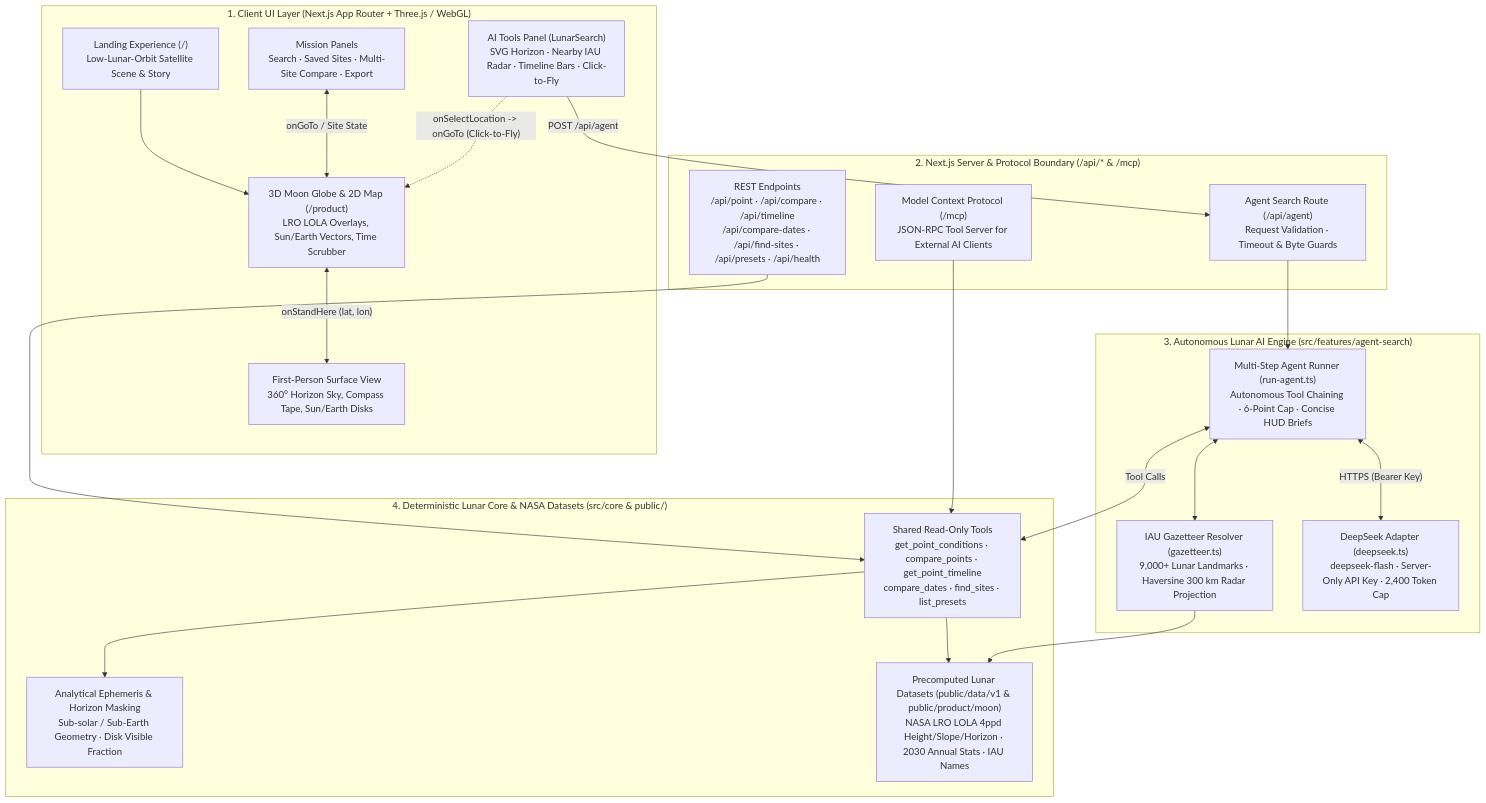
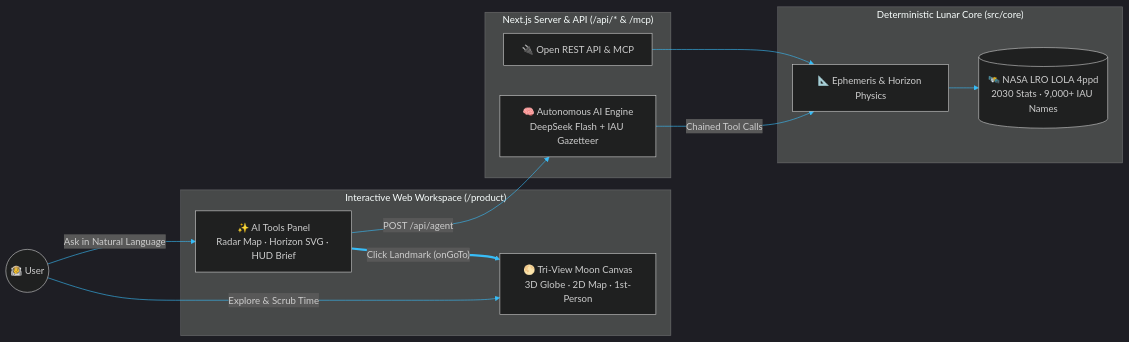
Before and after one commit to xbl2602/bean-drift: the first of 3 diagrams in README.md, drawn with Mermaid. The commit also changed other lines of this file and 6 other files, not shown here.

````diff
--- a/README.md
+++ b/README.md
@@ -17,43 +68,24 @@
 ```mermaid
-flowchart TB
-  subgraph Client["1. Client UI Layer (Next.js App Router + Three.js / WebGL)"]
-    Landing["Landing Experience (/)\nLow-Lunar-Orbit Satellite Scene & Story"]
-    Globe3D["3D Moon Globe & 2D Map (/product)\nLRO LOLA Overlays, Sun/Earth Vectors, Time Scrubber"]
-    FirstPerson["First-Person Surface View\n360° Horizon Sky, Compass Tape, Sun/Earth Disks"]
-    WorkPanels["Mission Panels\nSearch · Saved Sites · Multi-Site Compare · Export"]
-    AiPanel["AI Tools Panel (LunarSearch)\nSVG Horizon · Nearby IAU Radar · Timeline Bars · Click-to-Fly"]
+%%{init: {'theme': 'dark', 'themeVariables': { 'primaryColor': '#1a2b30', 'primaryTextColor': '#eef4ee', 'primaryBorderColor': '#a3e635', 'lineColor': '#38bdf8'}}}%%
+flowchart LR
+  User(("👩‍🚀 User"))
+  subgraph Workspace["Interactive Web Workspace (/product)"]
+    Views["🌕 Tri-View Moon Canvas\n3D Globe · 2D Map · 1st-Person"]
+    AiPanel["✨ AI Tools Panel\nRadar Map · Horizon SVG · HUD Brief"]
   end
-
-  subgraph EdgeAPI["2. Next.js Server & Protocol Boundary (/api/* & /mcp)"]
-    RestRoutes["REST Endpoints\n/api/point · /api/compare · /api/timeline\n/api/compare-dates · /api/find-sites · /api/presets · /api/health"]
-    McpRoute["Model Context Protocol (/mcp)\nJSON-RPC Tool Server for External AI Clients"]
-    AgentRoute["Agent Search Route (/api/agent)\nRequest Validation · Timeout & Byte Guards"]
+  subgraph Server["Next.js Server & API (/api/* & /mcp)"]
+    Agent["🧠 Autonomous AI Engine\nDeepSeek Flash + IAU Gazetteer"]
+    RestMcp["🔌 Open REST API & MCP"]
   end
-
-  subgraph AgentEngine["3. Autonomous Lunar AI Engine (src/features/agent-search)"]
-    RunAgent["Multi-Step Agent Runner (run-agent.ts)\nAutonomous Tool Chaining · 6-Point Cap · Concise HUD Briefs"]
-    Gazetteer["IAU Gazetteer Resolver (gazetteer.ts)\n9,000+ Lunar Landmarks · Haversine 300 km Radar Projection"]
-    DeepSeek["DeepSeek Adapter (deepseek.ts)\ndeepseek-flash · Server-Only API Key · 2,400 Token Cap"]
+  subgraph Core["Deterministic Lunar Core (src/core)"]
+    Physics["📐 Ephemeris & Horizon Physics"]
+    Data[("🛰️ NASA LRO LOLA 4ppd\n2030 Stats · 9,000+ IAU Names")]
   end
-
-  subgraph CorePhysics["4. Deterministic Lunar Core & NASA Datasets (src/core & public/)"]
-    Tools["Shared Read-Only Tools\nget_point_conditions · compare_points · get_point_timeline\ncompare_dates · find_sites · list_presets"]
-    Ephemeris["Analytical Ephemeris & Horizon Masking\nSub-solar / Sub-Earth Geometry · Disk Visible Fraction"]
-    Datasets["Precomputed Lunar Datasets (public/data/v1 & public/product/moon)\nNASA LRO LOLA 4ppd Height/Slope/Horizon · 2030 Annual Stats · IAU Names"]
-  end
-
-  Landing --> Globe3D
-  Globe3D <-->|"onStandHere (lat, lon)"| FirstPerson
-  WorkPanels <-->|"onGoTo / Site State"| Globe3D
-  AiPanel -->|"POST /api/agent"| AgentRoute
-  AiPanel -.->|"onSelectLocation -> onGoTo (Click-to-Fly)"| Globe3D
-  RestRoutes --> Tools
-  McpRoute --> Tools
-  AgentRoute --> RunAgent
-  RunAgent <--> Gazetteer
-  RunAgent <-->|"Tool Calls"| Tools
-  RunAgent <-->|"HTTPS (Bearer Key)"| DeepSeek
-  Tools --> Ephemeris
-  Tools --> Datasets
-  Gazetteer --> Datasets
+  User -->|"Explore & Scrub Time"| Views
+  User -->|"Ask in Natural Language"| AiPanel
+  AiPanel ==>|"Click Landmark (onGoTo)"| Views
+  AiPanel -->|"POST /api/agent"| Agent
+  Agent -->|"Chained Tool Calls"| Physics
+  RestMcp --> Physics
+  Physics --> Data
 ```
````
